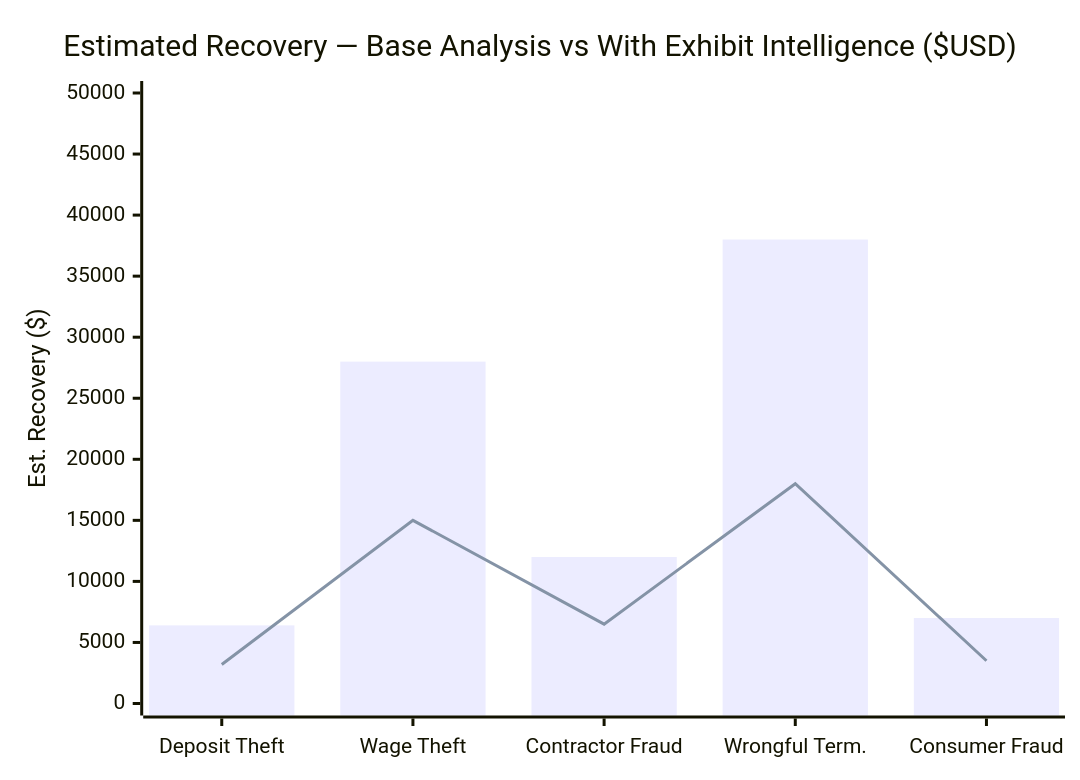
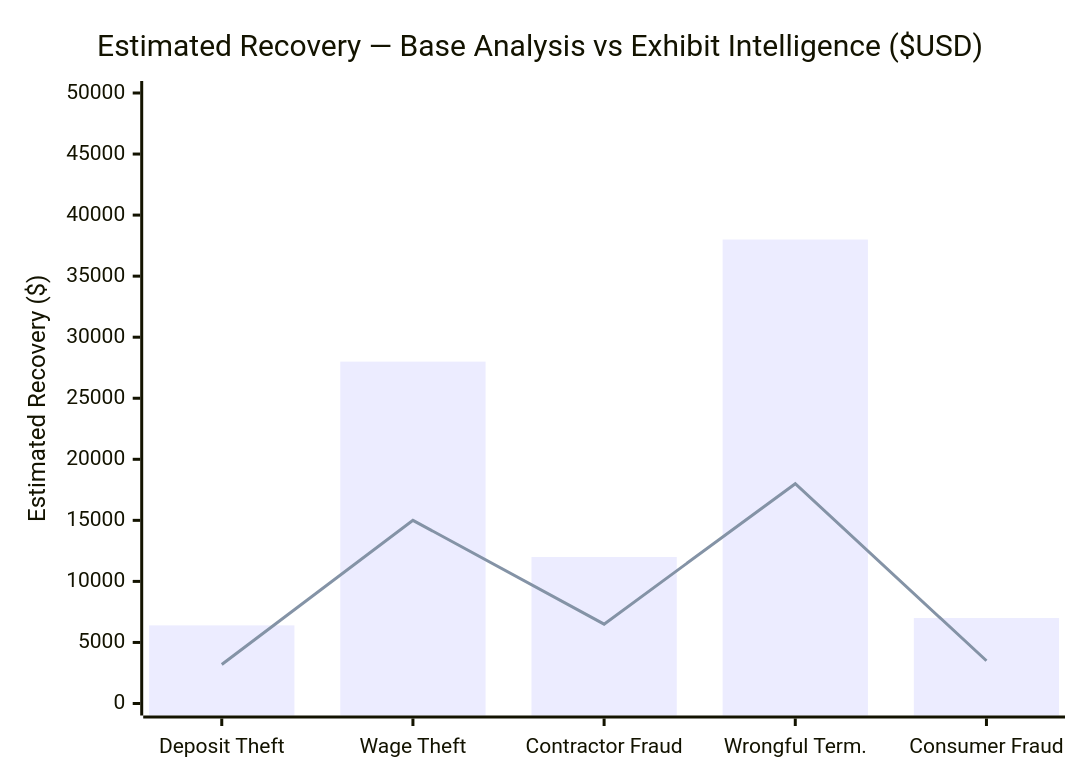
Before and after one commit to Iceman-Dann/Evidence-Locker: the seventh of 12 diagrams in README.md, drawn with Mermaid. The commit also changed other lines of this file, not shown here.

````diff
--- a/README.md
+++ b/README.md
@@ -325,8 +364,8 @@
 ```mermaid
 xychart-beta
-    title "Estimated Recovery — Base Analysis vs With Exhibit Intelligence ($USD)"
+    title "Estimated Recovery — Base Analysis vs Exhibit Intelligence ($USD)"
     x-axis ["Deposit Theft", "Wage Theft", "Contractor Fraud", "Wrongful Term.", "Consumer Fraud"]
-    y-axis "Est. Recovery ($)" 0 --> 50000
+    y-axis "Estimated Recovery ($)" 0 --> 50000
     bar [6400, 28000, 12000, 38000, 7000]
     line [3200, 15000, 6500, 18000, 3500]
 ```
````
